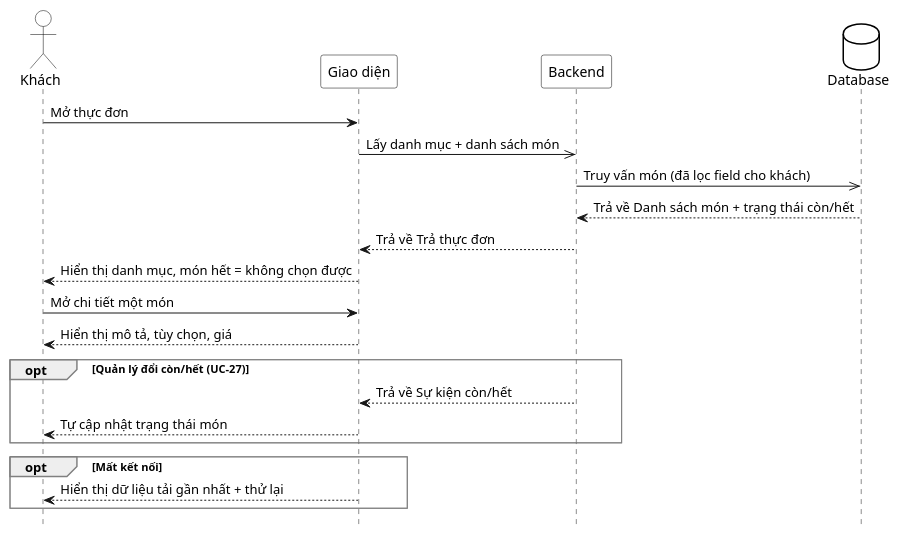
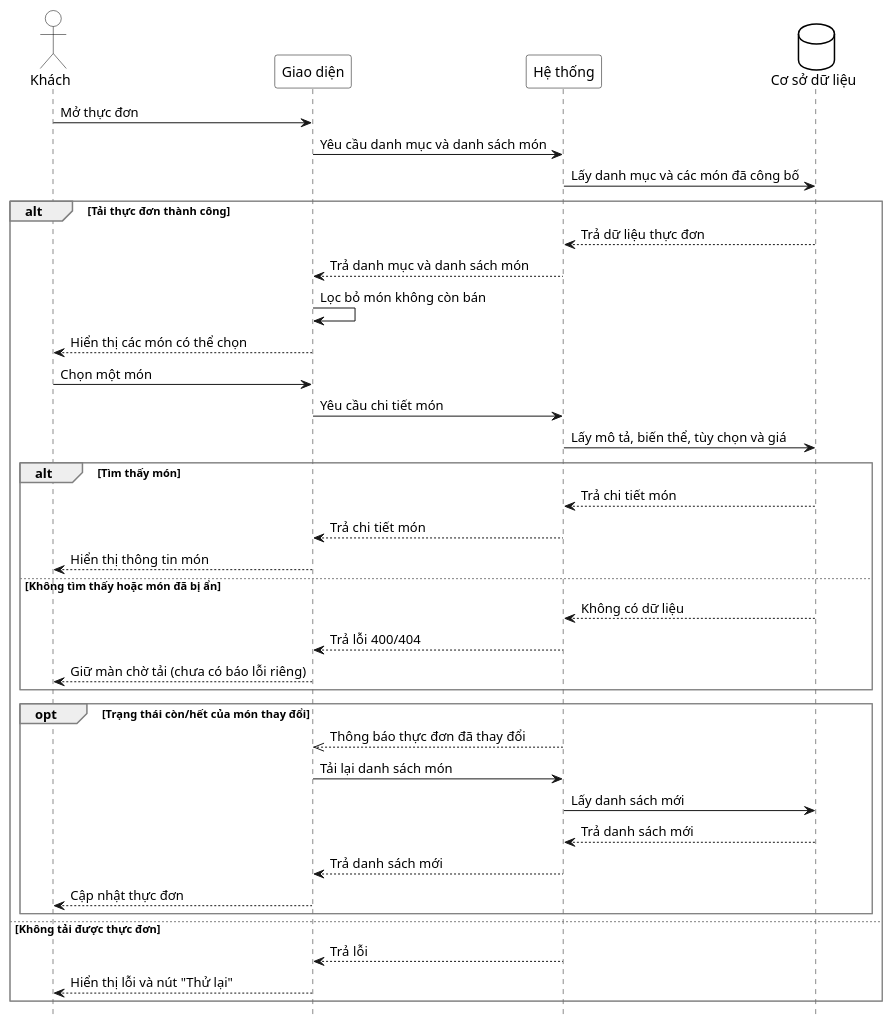
The diagram in docs/use-cases/uc-khach-02-xem-thuc-don.md (thanhhoa3514/restaurant-management), drawn with PlantUML before and after one commit. The commit also changed other lines of this file and 277 other files, not shown here.

````diff
--- a/docs/use-cases/uc-khach-02-xem-thuc-don.md
+++ b/docs/use-cases/uc-khach-02-xem-thuc-don.md
@@ -54,41 +63,60 @@
 ```plantuml
 @startuml
 hide footbox
 skinparam participant {
  BackgroundColor White
  BorderColor Black
 }
 skinparam actor {
  BackgroundColor White
  BorderColor Black
 }
 skinparam database {
  BackgroundColor White
  BorderColor Black
 }
 skinparam sequenceGroupBorderThickness 1
 skinparam sequenceGroupBorderColor Gray
 actor "Khách" as A
 participant "Giao diện" as UI
-participant "Backend" as BE
-database "Database" as DB
+participant "Hệ thống" as BE
+database "Cơ sở dữ liệu" as DB
 
 A -> UI : Mở thực đơn
-UI ->> BE : Lấy danh mục + danh sách món
-BE ->> DB : Truy vấn món (đã lọc field cho khách)
-DB --> BE : Trả về Danh sách món + trạng thái còn/hết
-BE --> UI : Trả về Trả thực đơn
-UI --> A : Hiển thị danh mục, món hết = không chọn được
-A -> UI : Mở chi tiết một món
-UI --> A : Hiển thị mô tả, tùy chọn, giá
+UI -> BE : Yêu cầu danh mục và danh sách món
+BE -> DB : Lấy danh mục và các món đã công bố
 
-opt Quản lý đổi còn/hết (UC-27)
- BE --> UI : Trả về Sự kiện còn/hết
- UI --> A : Tự cập nhật trạng thái món
-end
+alt Tải thực đơn thành công
+ DB --> BE : Trả dữ liệu thực đơn
+ BE --> UI : Trả danh mục và danh sách món
+ UI -> UI : Lọc bỏ món không còn bán
+ UI --> A : Hiển thị các món có thể chọn
 
-opt Mất kết nối
- UI --> A : Hiển thị dữ liệu tải gần nhất + thử lại
+ A -> UI : Chọn một món
+ UI -> BE : Yêu cầu chi tiết món
+ BE -> DB : Lấy mô tả, biến thể, tùy chọn và giá
+
+ alt Tìm thấy món
+  DB --> BE : Trả chi tiết món
+  BE --> UI : Trả chi tiết món
+  UI --> A : Hiển thị thông tin món
+ else Không tìm thấy hoặc món đã bị ẩn
+  DB --> BE : Không có dữ liệu
+  BE --> UI : Trả lỗi 400/404
+  UI --> A : Giữ màn chờ tải (chưa có báo lỗi riêng)
+ end
+
+ opt Trạng thái còn/hết của món thay đổi
+  BE -->> UI : Thông báo thực đơn đã thay đổi
+  UI -> BE : Tải lại danh sách món
+  BE -> DB : Lấy danh sách mới
+  DB --> BE : Trả danh sách mới
+  BE --> UI : Trả danh sách mới
+  UI --> A : Cập nhật thực đơn
+ end
+else Không tải được thực đơn
+ BE --> UI : Trả lỗi
+ UI --> A : Hiển thị lỗi và nút "Thử lại"
 end
 @enduml
 ```
````
